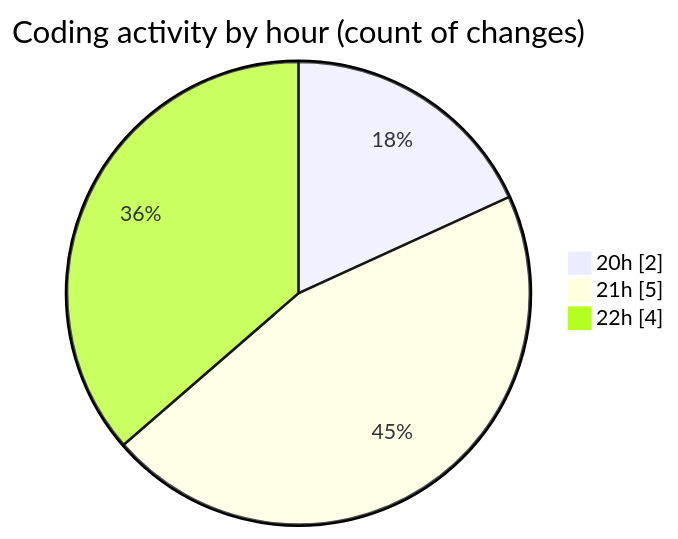
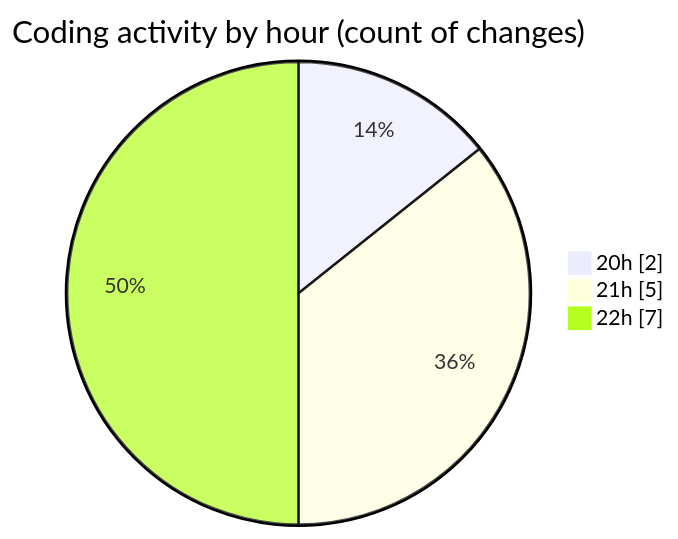
The second of 2 diagrams in 2025-12-23/technologie_web/README.md (hasnaa123/code-tracking), drawn with Mermaid before and after one commit. The commit also changed other lines of this file and 1 other file, not shown here.

````diff
--- a/2025-12-23/technologie_web/README.md
+++ b/2025-12-23/technologie_web/README.md
@@ -28,7 +28,7 @@
 ```mermaid
 pie showData
 title Coding activity by hour (count of changes)
 "20h" : 2
 "21h" : 5
-"22h" : 4
+"22h" : 7
 ```
````
